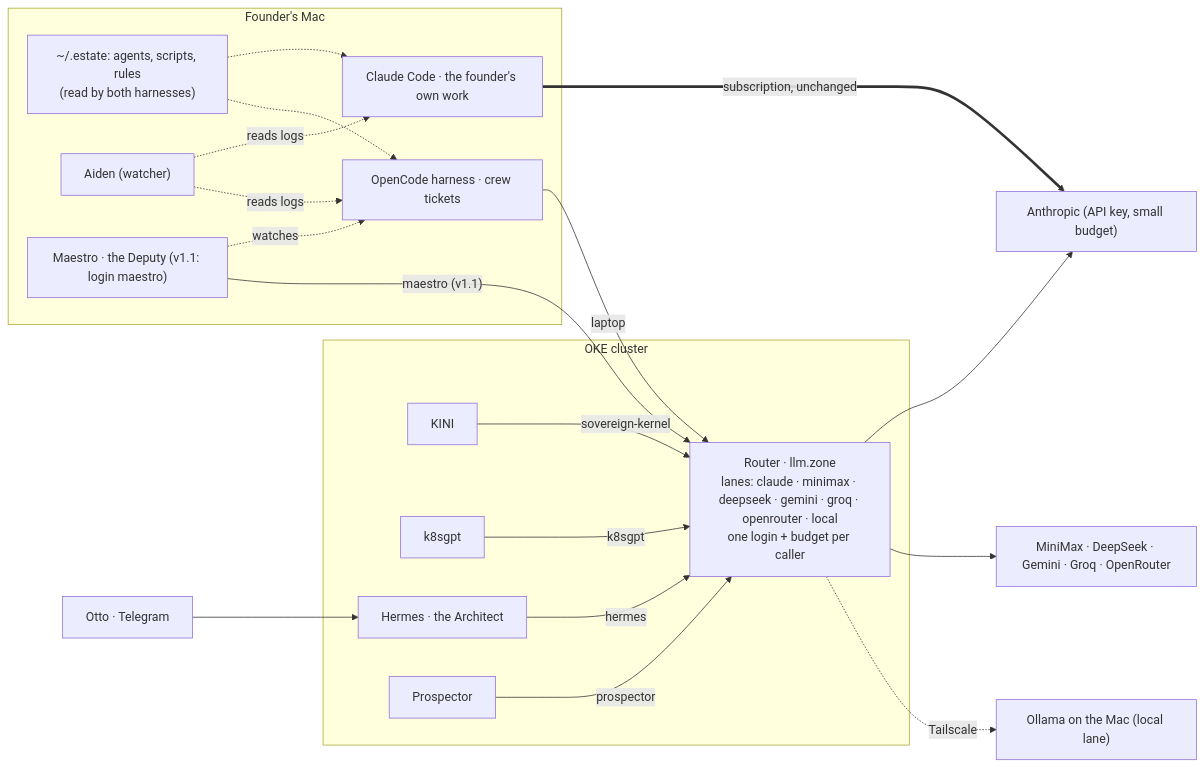
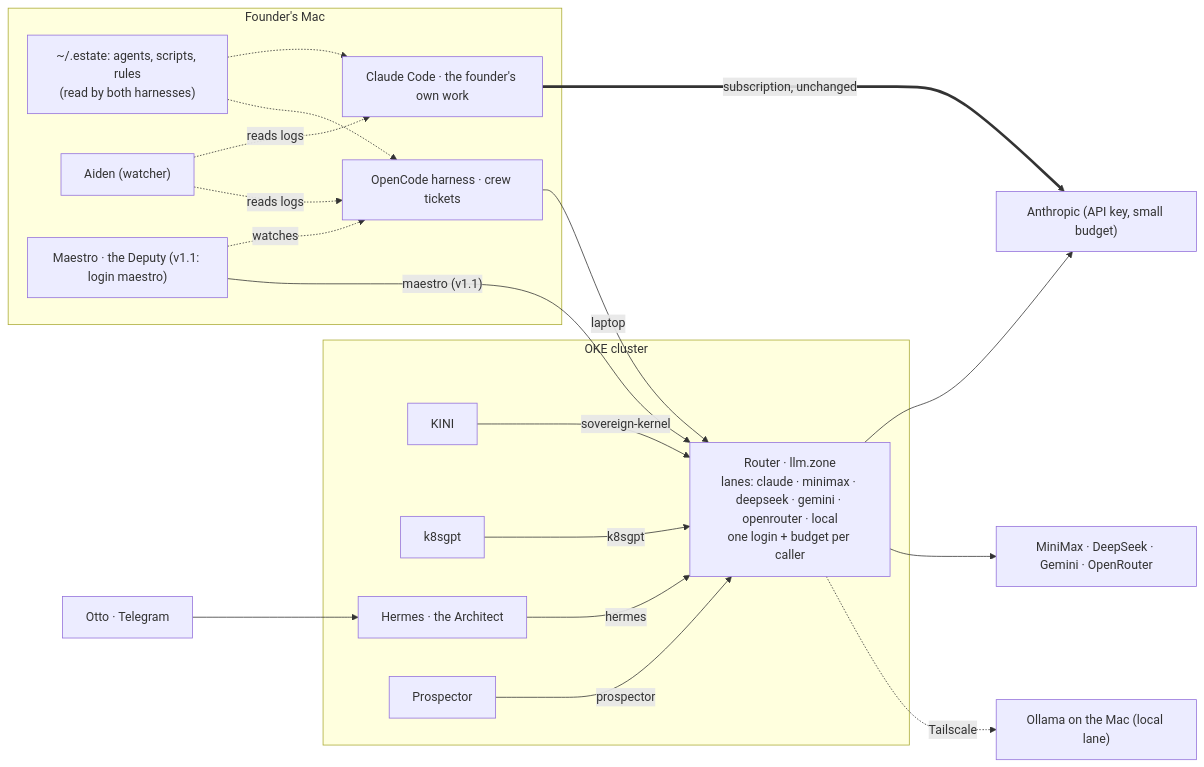
Before and after one commit to chidionyema/idp: the second of 2 diagrams in docs/explanation/architecture/model-stack.md, drawn with Mermaid. The commit also changed 18 other files, not shown here.

First line of the commit message:
chore(llm): remove groq; one vendor registry generates both router configs

````diff
--- a/docs/explanation/architecture/model-stack.md
+++ b/docs/explanation/architecture/model-stack.md
@@ -51,33 +51,33 @@
 ```mermaid
 flowchart LR
   subgraph MAC["Founder's Mac"]
     CC["Claude Code · the founder's own work"]
     OC["OpenCode harness · crew tickets"]
     EST["~/.estate: agents, scripts, rules<br/>(read by both harnesses)"]
     AIDEN["Aiden (watcher)"]
     EST -.-> CC
     EST -.-> OC
     MAESTRO["Maestro · the Deputy (v1.1: login maestro)"]
     AIDEN -. reads logs .-> CC
     AIDEN -. reads logs .-> OC
     MAESTRO -. watches .-> OC
   end
   MAESTRO -- "maestro (v1.1)" --> ROUTER
   subgraph CLUSTER["OKE cluster"]
     KINI["KINI"]
     K8S["k8sgpt"]
     HERMES["Hermes · the Architect"]
     PROS["Prospector"]
-    ROUTER["Router · llm.zone<br/>lanes: claude · minimax · deepseek · gemini · groq · openrouter · local<br/>one login + budget per caller"]
+    ROUTER["Router · llm.zone<br/>lanes: claude · minimax · deepseek · gemini · openrouter · local<br/>one login + budget per caller"]
   end
   OTTO["Otto · Telegram"] --> HERMES
   OC -- "laptop" --> ROUTER
   KINI -- "sovereign-kernel" --> ROUTER
   K8S -- "k8sgpt" --> ROUTER
   HERMES -- "hermes" --> ROUTER
   PROS -- "prospector" --> ROUTER
   ROUTER --> ANTH["Anthropic (API key, small budget)"]
-  ROUTER --> VENDORS["MiniMax · DeepSeek · Gemini · Groq · OpenRouter"]
+  ROUTER --> VENDORS["MiniMax · DeepSeek · Gemini · OpenRouter"]
   ROUTER -. "Tailscale" .-> OLLAMA["Ollama on the Mac (local lane)"]
   CC == "subscription, unchanged" ==> ANTH
 ```
````
